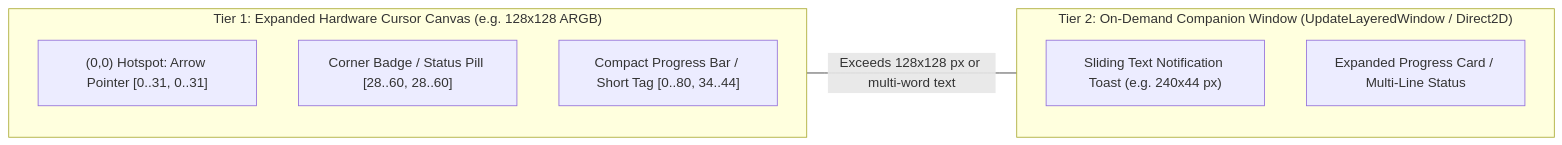
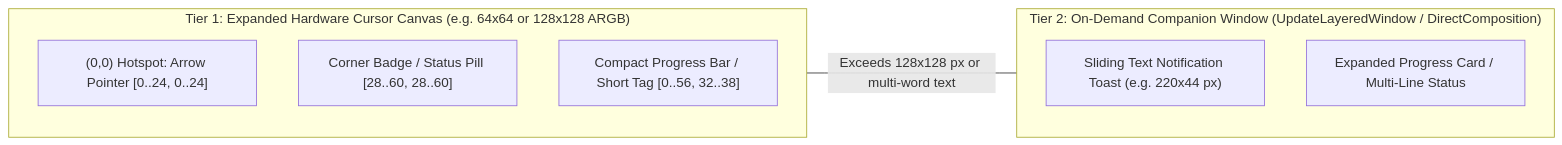
One commit to amirf147/dynamic-cursor changed the second of 2 diagrams in docs/architecture/02_win32_subsystem_deep_dive.md. Above: the diagram before and after it, drawn with Mermaid. The commit also changed other lines of this file and 13 other files, not shown here.

Commit message:
feat(spikes): complete Phase 1 Win32 empirical spikes and update living architecture specs

````diff
--- a/docs/architecture/02_win32_subsystem_deep_dive.md
+++ b/docs/architecture/02_win32_subsystem_deep_dive.md
@@ -42,17 +49,17 @@
 ```mermaid
 flowchart LR
-    subgraph Canvas ["Tier 1: Expanded Hardware Cursor Canvas (e.g. 128x128 ARGB)"]
+    subgraph Canvas ["Tier 1: Expanded Hardware Cursor Canvas (e.g. 64x64 or 128x128 ARGB)"]
         direction TB
-        Tip["(0,0) Hotspot: Arrow Pointer [0..31, 0..31]"]
+        Tip["(0,0) Hotspot: Arrow Pointer [0..24, 0..24]"]
         Badge["Corner Badge / Status Pill [28..60, 28..60]"]
-        MiniBar["Compact Progress Bar / Short Tag [0..80, 34..44]"]
+        MiniBar["Compact Progress Bar / Short Tag [0..56, 32..38]"]
     end
 
-    subgraph Overlay ["Tier 2: On-Demand Companion Window (UpdateLayeredWindow / Direct2D)"]
+    subgraph Overlay ["Tier 2: On-Demand Companion Window (UpdateLayeredWindow / DirectComposition)"]
         direction TB
-        Toast["Sliding Text Notification Toast (e.g. 240x44 px)"]
+        Toast["Sliding Text Notification Toast (e.g. 220x44 px)"]
         RichHUD["Expanded Progress Card / Multi-Line Status"]
     end
 
     Canvas ---|"Exceeds 128x128 px or multi-word text"| Overlay
 ```
````
